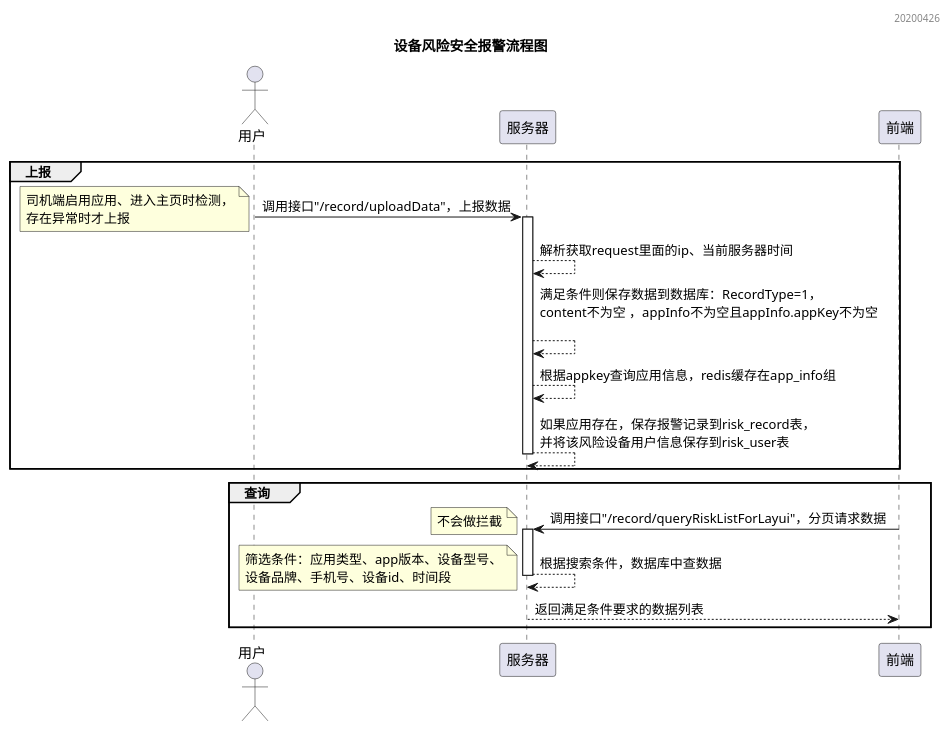
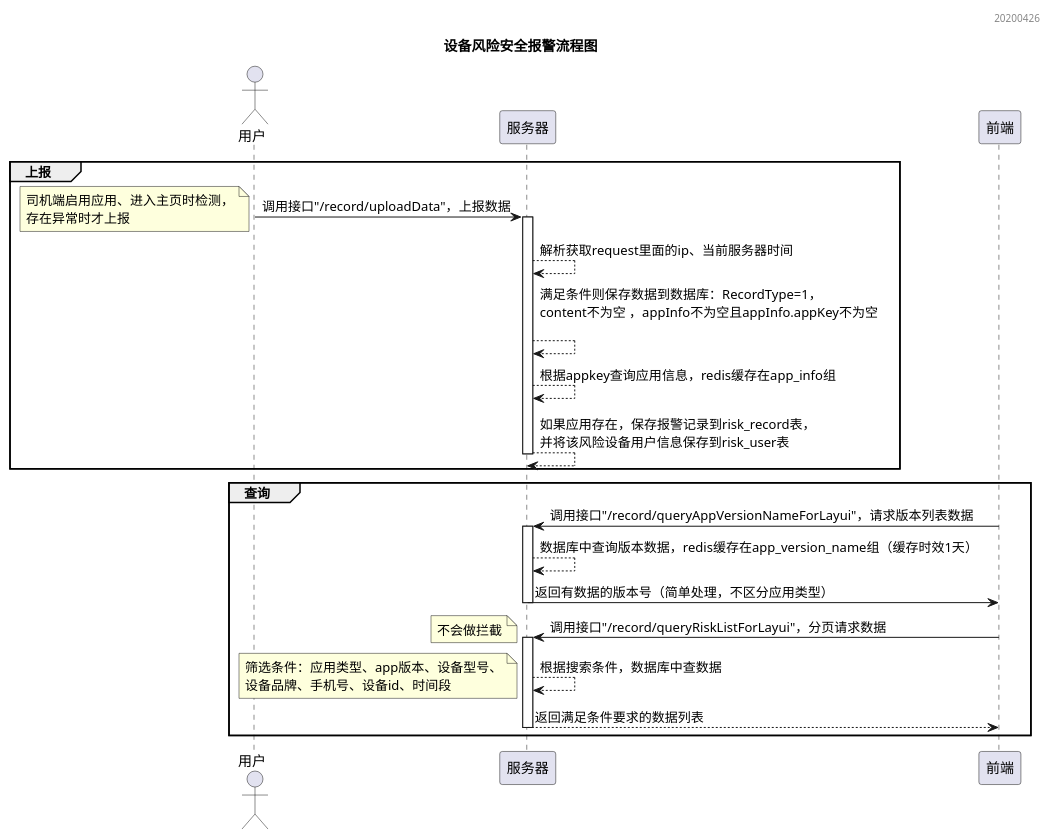
One commit to yuqiyich/chat_server changed the diagram in puml/RiskData.puml. Above: the diagram before and after it, drawn with PlantUML. The commit also changed 7 other files, not shown here.

```diff
--- a/puml/RiskData.puml
+++ b/puml/RiskData.puml
@@ -1,33 +1,38 @@
 @startuml
 
 header 20200426
 
 title 设备风险安全报警流程图
 
 actor 用户
 participant 服务器
 participant 前端
 
 group 上报
 用户 -> 服务器 : 调用接口"/record/uploadData"，上报数据
 note left : 司机端启用应用、进入主页时检测，\n存在异常时才上报
 activate 服务器
 服务器 --> 服务器 : 解析获取request里面的ip、当前服务器时间
 服务器 --> 服务器 : 满足条件则保存数据到数据库：RecordType=1，\ncontent不为空 ，appInfo不为空且appInfo.appKey不为空\n
 服务器 --> 服务器 : 根据appkey查询应用信息，redis缓存在app_info组
 服务器 --> 服务器 : 如果应用存在，保存报警记录到risk_record表，\n并将该风险设备用户信息保存到risk_user表
 deactivate 服务器
 end
 
 group 查询
+前端 -> 服务器 : 调用接口"/record/queryAppVersionNameForLayui"，请求版本列表数据
+activate 服务器
+服务器 --> 服务器 : 数据库中查询版本数据，redis缓存在app_version_name组（缓存时效1天）
+服务器 -> 前端 : 返回有数据的版本号（简单处理，不区分应用类型）
+deactivate 服务器
 前端 -> 服务器 : 调用接口"/record/queryRiskListForLayui"，分页请求数据
 note left : 不会做拦截
 activate 服务器
 服务器 --> 服务器 : 根据搜索条件，数据库中查数据
 note left : 筛选条件：应用类型、app版本、设备型号、\n设备品牌、手机号、设备id、时间段
+服务器 --> 前端 : 返回满足条件要求的数据列表
 deactivate 服务器
-服务器 --> 前端 : 返回满足条件要求的数据列表
 
 end
 
 @enduml
```
